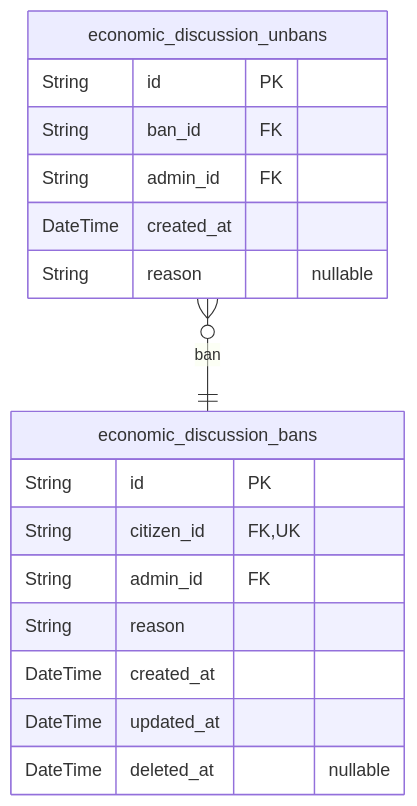
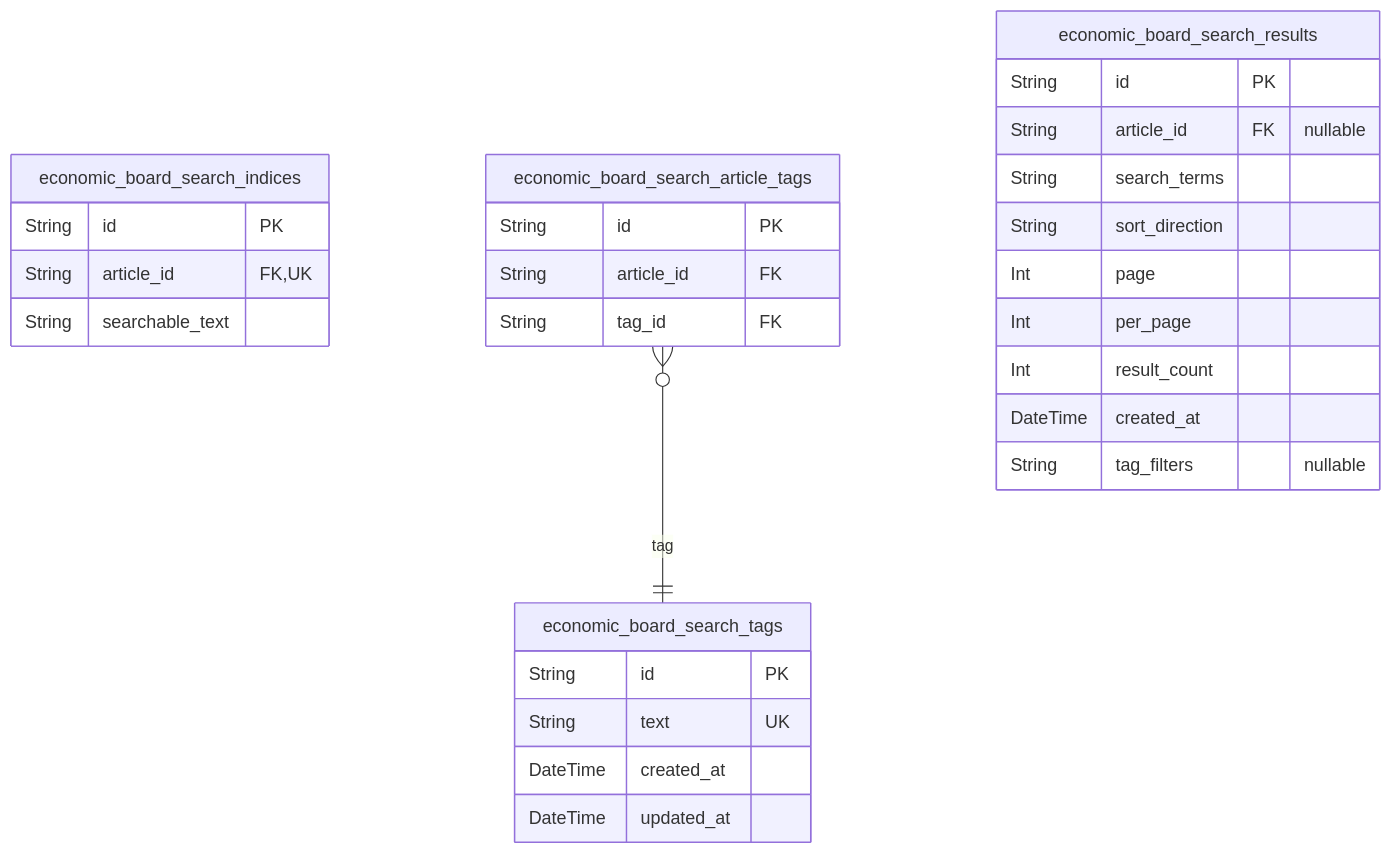
Before and after one commit to wrtnlabs/autobe-examples: the eighth of 9 diagrams in qwen/qwen3-next-80b-a3b-instruct/bbs/docs/ERD.md, drawn with Mermaid. The commit also changed other lines of this file and 11104 other files, not shown here.

````diff
--- a/qwen/qwen3-next-80b-a3b-instruct/bbs/docs/ERD.md
+++ b/qwen/qwen3-next-80b-a3b-instruct/bbs/docs/ERD.md
@@ -1189,20 +1212,31 @@
 ```mermaid
 erDiagram
-"economic_discussion_bans" {
+"economic_board_search_indices" {
   String id PK
-  String citizen_id FK,UK
-  String admin_id FK
-  String reason
+  String article_id FK,UK
+  String searchable_text
+}
+"economic_board_search_tags" {
+  String id PK
+  String text UK
   DateTime created_at
   DateTime updated_at
-  DateTime deleted_at "nullable"
 }
-"economic_discussion_unbans" {
+"economic_board_search_article_tags" {
   String id PK
-  String ban_id FK
-  String admin_id FK
+  String article_id FK
+  String tag_id FK
+}
+"economic_board_search_results" {
+  String id PK
+  String article_id FK "nullable"
+  String search_terms
+  String sort_direction
+  Int page
+  Int per_page
+  Int result_count
   DateTime created_at
-  String reason "nullable"
+  String tag_filters "nullable"
 }
-"economic_discussion_unbans" }o--|| "economic_discussion_bans" : ban
+"economic_board_search_article_tags" }o--|| "economic_board_search_tags" : tag
 ```
````
